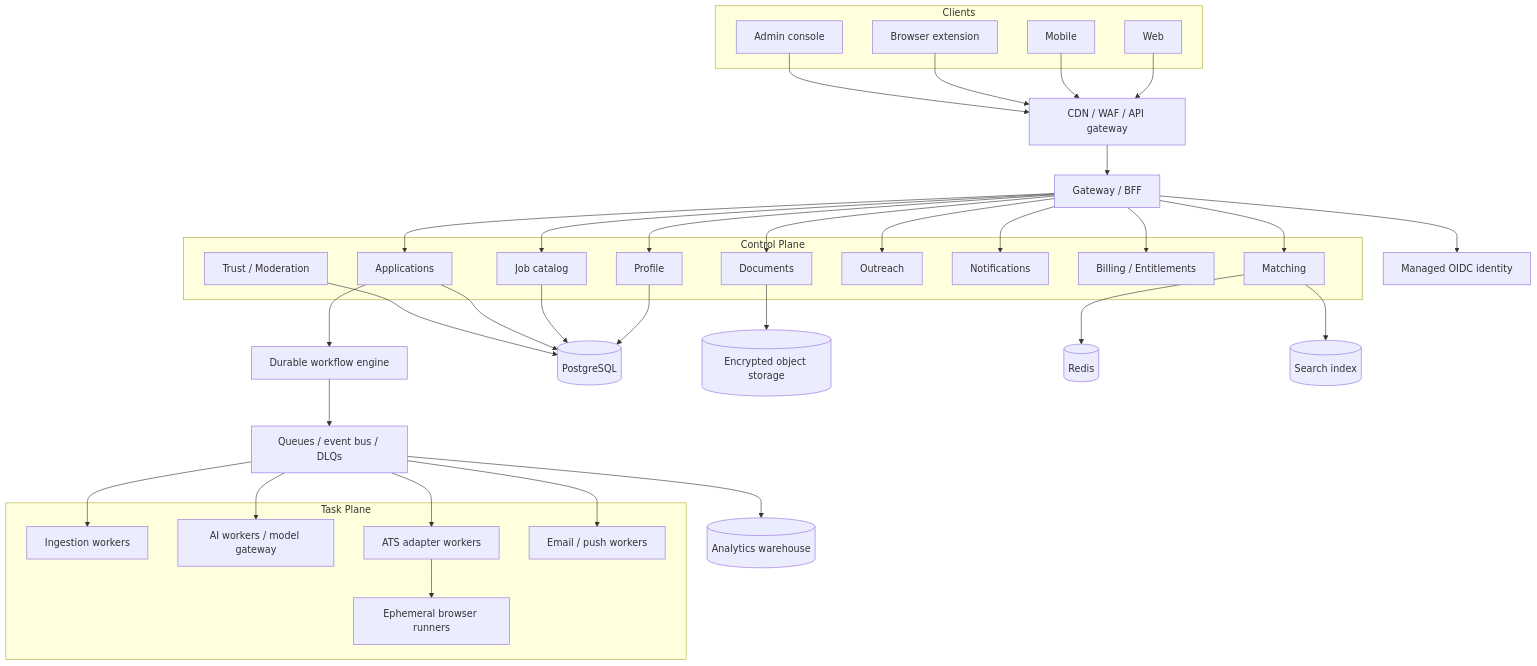
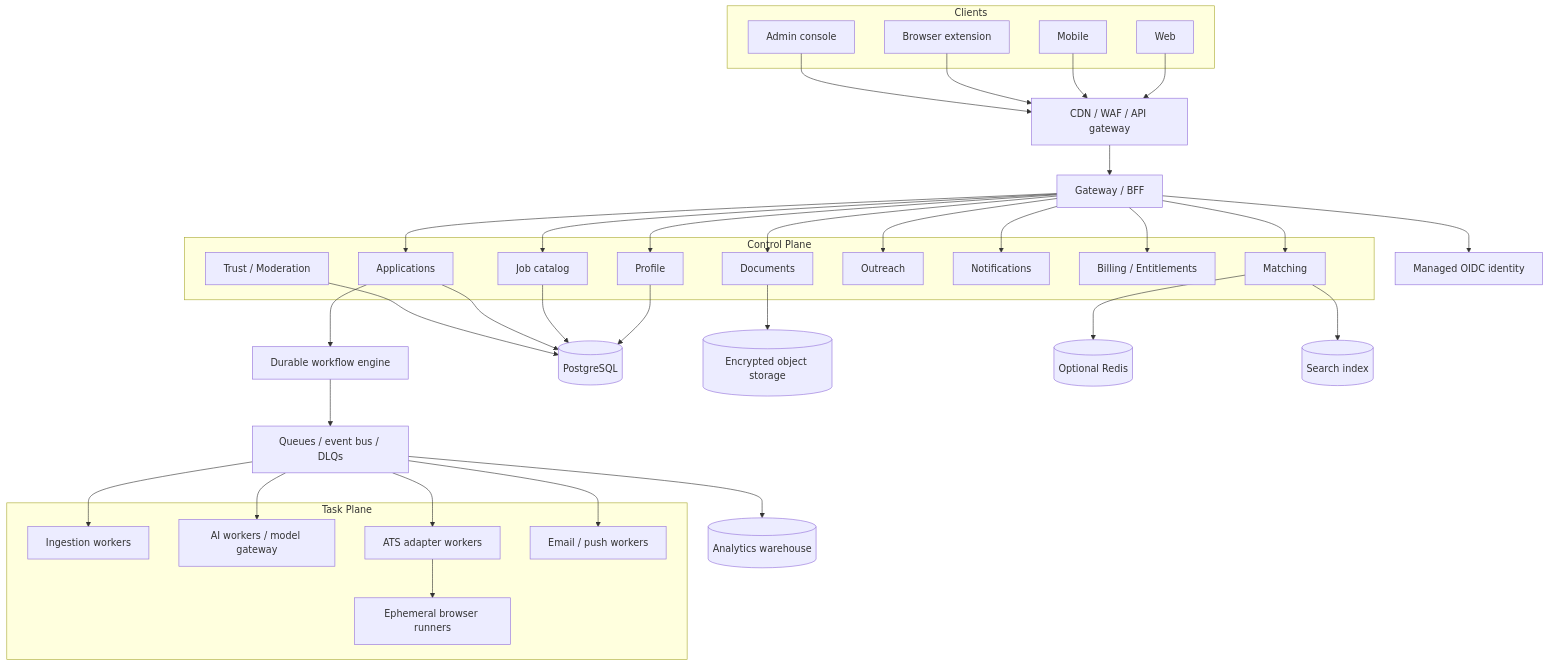
The first of 2 diagrams in docs/PRODUCT_AND_SYSTEM_ARCHITECTURE.md (Vrixic/project-ai-job-apply), drawn with Mermaid before and after one commit. The commit also changed other lines of this file and 240 other files, not shown here.

````diff
--- a/docs/PRODUCT_AND_SYSTEM_ARCHITECTURE.md
+++ b/docs/PRODUCT_AND_SYSTEM_ARCHITECTURE.md
@@ -431,74 +451,74 @@
 ```mermaid
 flowchart TB
     subgraph Clients
         WEB[Web]
         MOB[Mobile]
         EXT[Browser extension]
         ADM[Admin console]
     end
 
     EDGE[CDN / WAF / API gateway]
     AUTH[Managed OIDC identity]
     BFF[Gateway / BFF]
 
     subgraph Control Plane
         PROF[Profile]
         JOBS[Job catalog]
         MATCH[Matching]
         DOCS[Documents]
         APPS[Applications]
         OUT[Outreach]
         NOTIF[Notifications]
         BILL[Billing / Entitlements]
         TRUST[Trust / Moderation]
     end
 
     TEMP[Durable workflow engine]
     BUS[Queues / event bus / DLQs]
 
     subgraph Task Plane
         ING[Ingestion workers]
         AI[AI workers / model gateway]
         ATS[ATS adapter workers]
         BROWSER[Ephemeral browser runners]
         MSG[Email / push workers]
     end
 
     PG[(PostgreSQL)]
     OBJ[(Encrypted object storage)]
-    CACHE[(Redis)]
+    CACHE[(Optional Redis)]
     SEARCH[(Search index)]
     WH[(Analytics warehouse)]
 
     WEB --> EDGE
     MOB --> EDGE
     EXT --> EDGE
     ADM --> EDGE
     EDGE --> BFF
     BFF --> AUTH
     BFF --> PROF
     BFF --> JOBS
     BFF --> MATCH
     BFF --> DOCS
     BFF --> APPS
     BFF --> OUT
     BFF --> NOTIF
     BFF --> BILL
 
     APPS --> TEMP
     TEMP --> BUS
     BUS --> ING
     BUS --> AI
     BUS --> ATS
     ATS --> BROWSER
     BUS --> MSG
 
     PROF --> PG
     JOBS --> PG
     APPS --> PG
     DOCS --> OBJ
     MATCH --> SEARCH
     MATCH --> CACHE
     TRUST --> PG
     BUS --> WH
 ```
````
